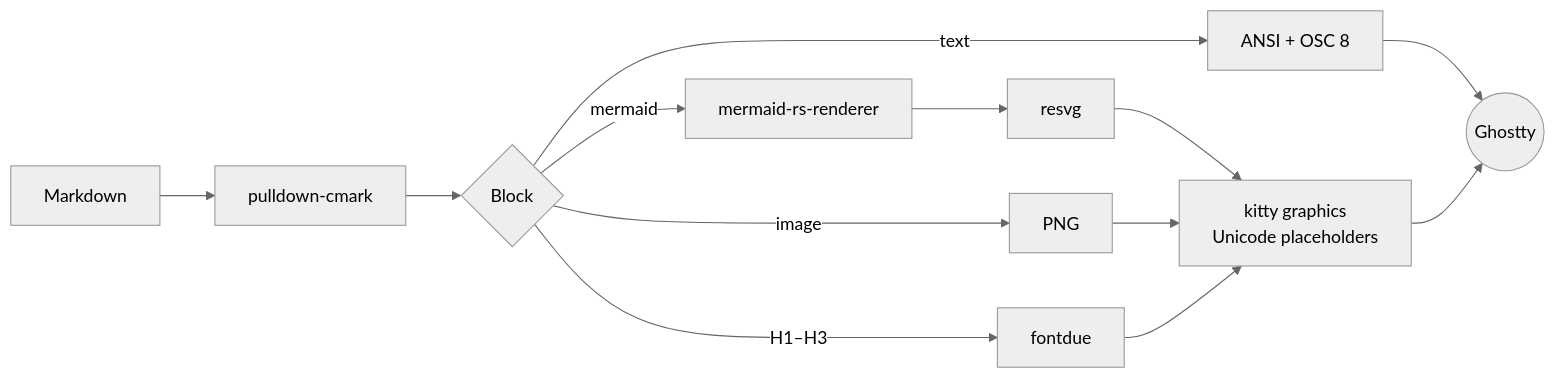
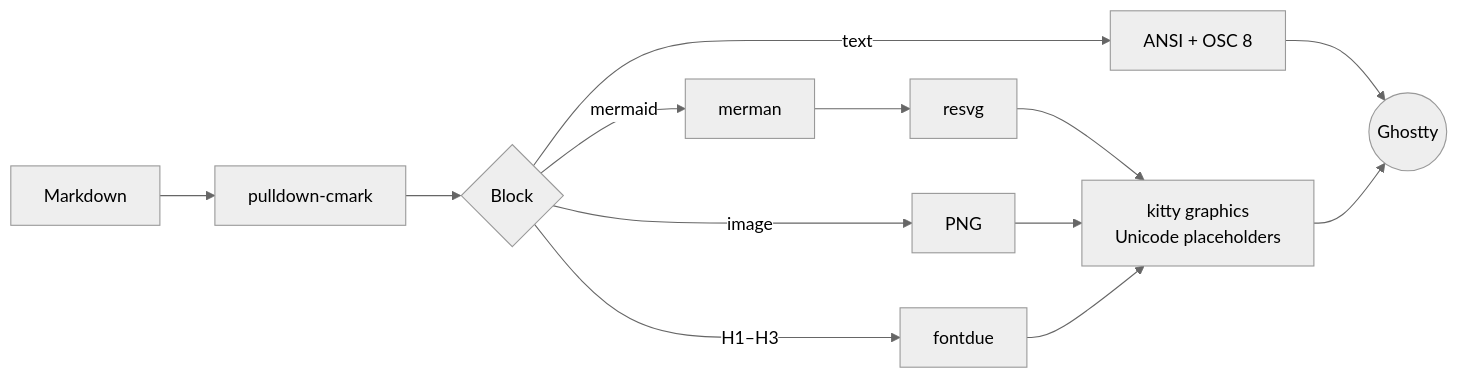
Before and after one commit to turchenkoalex/martty: the diagram in README.md, drawn with Mermaid (neutral theme). The commit also changed other lines of this file and 10 other files, not shown here.

First line of the commit message:
Render Mermaid with merman

````diff
--- a/README.md
+++ b/README.md
@@ -147,14 +154,14 @@
 ```mermaid
 flowchart LR
     MD[Markdown] --> P[pulldown-cmark]
     P --> R{Block}
     R -->|text| T[ANSI + OSC 8]
-    R -->|mermaid| M[mermaid-rs-renderer] --> S[resvg]
+    R -->|mermaid| M[merman] --> S[resvg]
     R -->|image| I[PNG]
     R -->|H1–H3| F[fontdue]
     S --> K[kitty graphics<br/>Unicode placeholders]
     I --> K
     F --> K
     T --> G((Ghostty))
     K --> G
 ```
````
